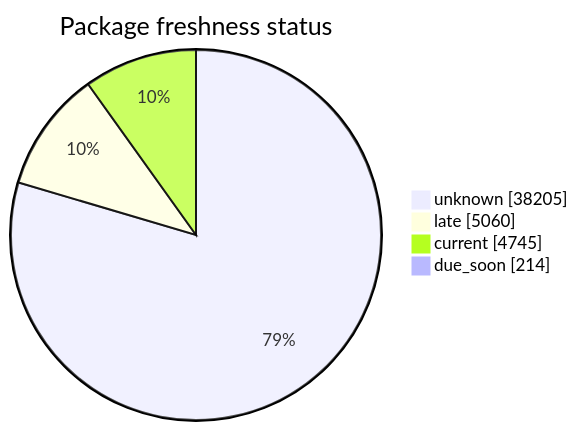
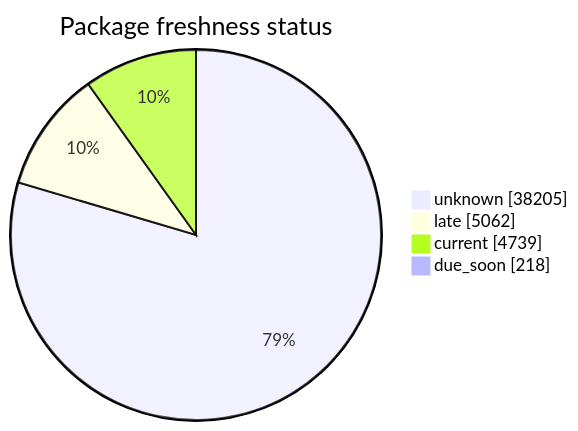
Before and after one commit to open-data/analytics-corporate-reporting: the second of 5 diagrams in FreshCheck/README.md, drawn with Mermaid. The commit also changed other lines of this file and 3 other files, not shown here.

````diff
--- a/FreshCheck/README.md
+++ b/FreshCheck/README.md
@@ -68,7 +68,7 @@
 ```mermaid
 pie showData title Package freshness status
     "unknown": 38205
-    "late": 5060
-    "current": 4745
-    "due_soon": 214
+    "late": 5062
+    "current": 4739
+    "due_soon": 218
 ```
````
